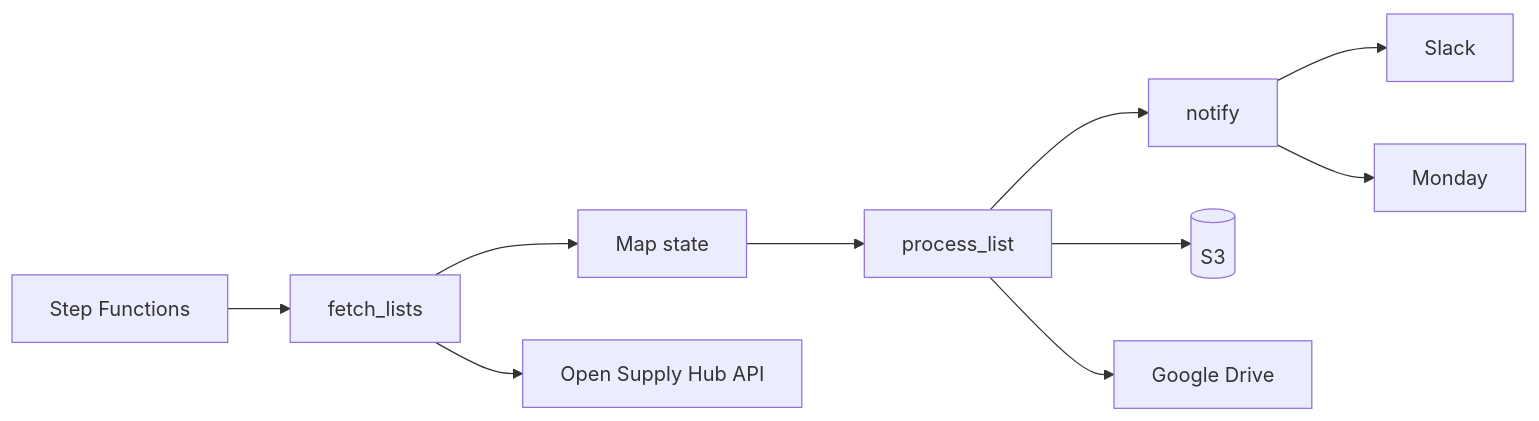
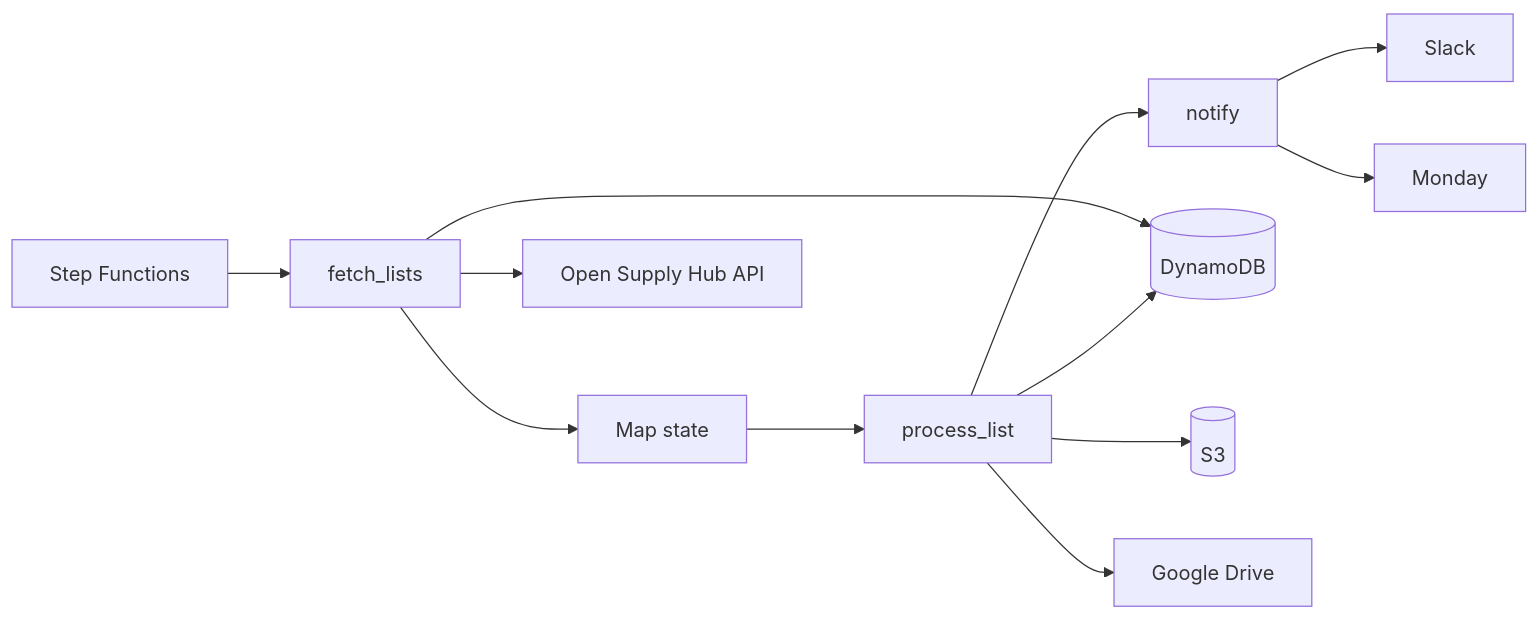
Before and after one commit to opensupplyhub/open-supply-hub: the diagram in src/contribot/README.md, drawn with Mermaid. The commit also changed other lines of this file, not shown here.

First line of the commit message:
Document DynamoDB state tracking for ContriBot processed lists.

````diff
--- a/src/contribot/README.md
+++ b/src/contribot/README.md
@@ -13,12 +15,14 @@
 ```mermaid
 flowchart LR
   SFN[Step Functions] --> Fetch[fetch_lists]
   Fetch --> Map[Map state]
   Map --> Process[process_list]
   Process --> Notify[notify]
   Fetch --> API[Open Supply Hub API]
+  Fetch --> DDB[(DynamoDB)]
+  Process --> DDB
   Process --> S3[(S3)]
   Process --> GDrive[Google Drive]
   Notify --> Slack[Slack]
   Notify --> Monday[Monday]
 ```
````
